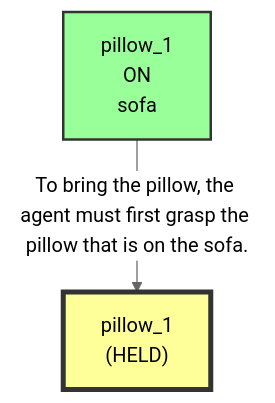
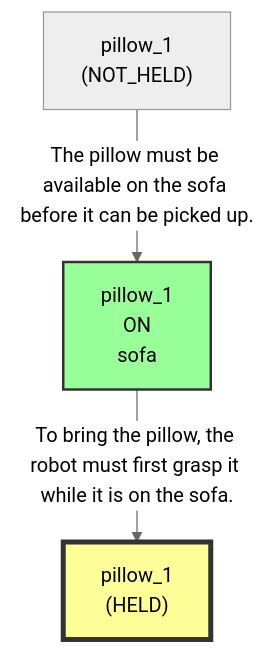
Before and after one commit to scuama/virtualhome: the second of 2 diagrams in evaluation/results/table1/robostate/dynamic/medium/M1_04/run_T1_DYN_M1_04_medium.md, drawn with Mermaid (neutral theme). The commit also changed other lines of this file and 133 other files, not shown here.

````diff
--- a/evaluation/results/table1/robostate/dynamic/medium/M1_04/run_T1_DYN_M1_04_medium.md
+++ b/evaluation/results/table1/robostate/dynamic/medium/M1_04/run_T1_DYN_M1_04_medium.md
@@ -158,8 +158,10 @@
 ```mermaid
 graph TD
-    N1["pillow_1<br>(HELD)"]
-    style N1 fill:#ff9,stroke:#333,stroke-width:4px
-    N2["pillow_1<br>ON<br>sofa"]
-    style N2 fill:#9f9,stroke:#333,stroke-width:2px
-    N2 -->|"To bring the pillow, the agent must first grasp the pillow that is on the sofa."| N1
+    N1["pillow_1<br>ON<br>sofa"]
+    style N1 fill:#9f9,stroke:#333,stroke-width:2px
+    N2["pillow_1<br>(HELD)"]
+    style N2 fill:#ff9,stroke:#333,stroke-width:4px
+    N3["pillow_1<br>(NOT_HELD)"]
+    N1 -->|"To bring the pillow, the robot must first grasp it while it is on the sofa."| N2
+    N3 -->|"The pillow must be available on the sofa before it can be picked up."| N1
 ```
````
